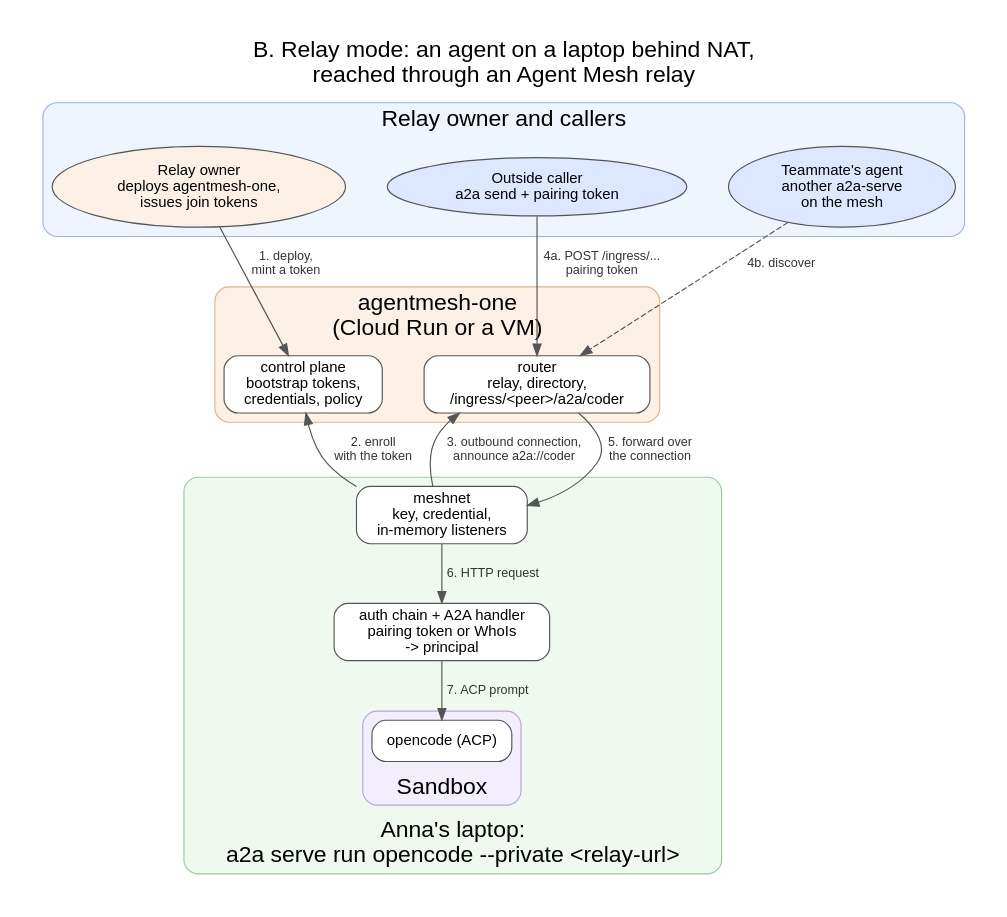
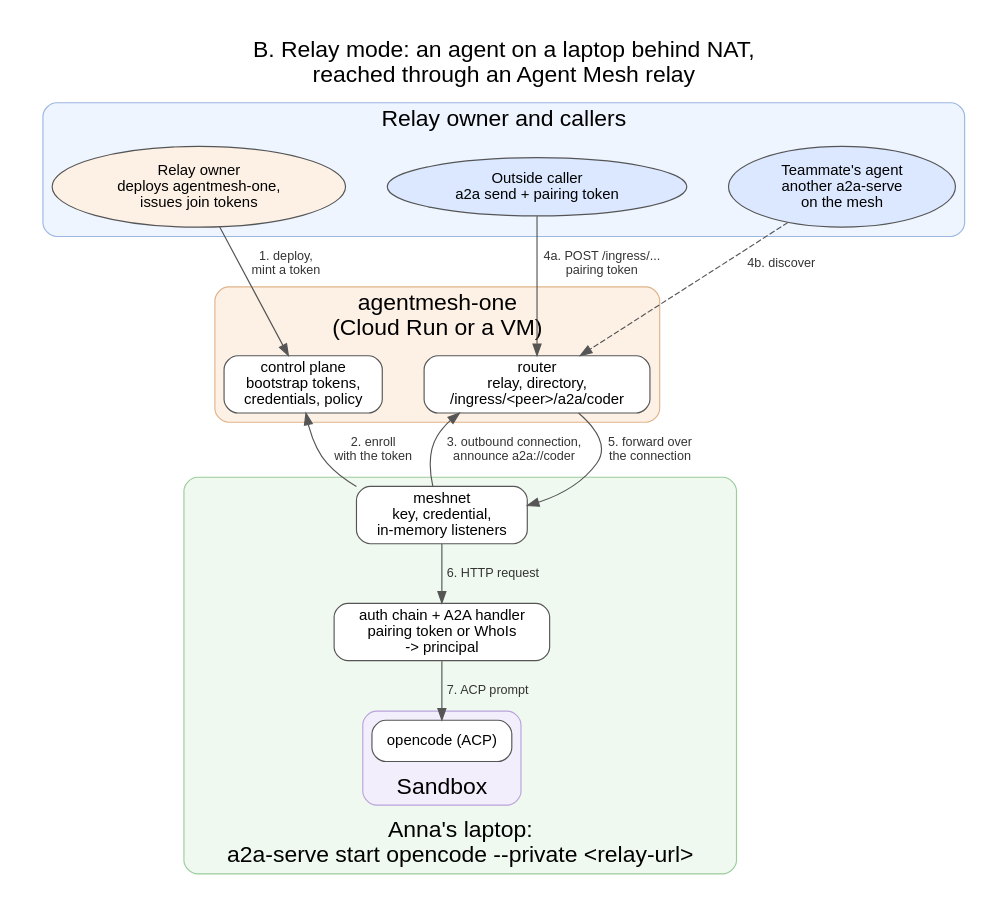
The diagram in docs/graphs/agentmesh-relay.dot (a2aproject/a2a-serve), drawn with Graphviz before and after one commit. The commit also changed 124 other files, not shown here.

First line of the commit message:
feat!: rename run to start and open to inspect, fold url into status and restore into backup, and write help for a2a-serve

```diff
--- a/docs/graphs/agentmesh-relay.dot
+++ b/docs/graphs/agentmesh-relay.dot
@@ -1,46 +1,46 @@
 // B. Relay mode: how an agent on a laptop behind NAT joins an Agent Mesh relay
 // and how calls reach it. Top to bottom: setup, callers, the relay, the laptop.
 // Render: dot -Tpng -Gdpi=110 agentmesh-relay.dot -o agentmesh-relay.png
 digraph agentmesh_relay {
   rankdir=TB;
   graph [fontname="Helvetica", nodesep=0.5, ranksep=0.55, pad=0.3, newrank=true,
          label="B. Relay mode: an agent on a laptop behind NAT,\nreached through an Agent Mesh relay", labelloc=t, fontsize=20];
   node  [fontname="Helvetica", fontsize=13, shape=box, style="rounded,filled", fillcolor="#ffffff", color="#555555"];
   edge  [fontname="Helvetica", fontsize=11, color="#555555", fontcolor="#333333"];
 
   subgraph cluster_callers {
     label="Relay owner and callers"; style="rounded,filled"; fillcolor="#eef5ff"; color="#9bb7e0";
     { rank=same;
       Owner  [label="Relay owner\ndeploys agentmesh-one,\nissues join tokens", shape=ellipse, fillcolor="#fdf1e6"];
       Caller [label="Outside caller\na2a send + pairing token", shape=ellipse, fillcolor="#dbe8ff"];
       Peer   [label="Teammate's agent\nanother a2a-serve\non the mesh", shape=ellipse, fillcolor="#dbe8ff"];
     }
   }
 
   subgraph cluster_hub {
     label="agentmesh-one\n(Cloud Run or a VM)"; style="rounded,filled"; fillcolor="#fdf1e6"; color="#e0b48a";
     { rank=same;
       CP     [label="control plane\nbootstrap tokens,\ncredentials, policy"];
       Router [label="router\nrelay, directory,\n/ingress/<peer>/a2a/coder"];
     }
   }
 
   subgraph cluster_laptop {
-    label="Anna's laptop:\na2a serve run opencode --private <relay-url>"; labelloc=b; style="rounded,filled"; fillcolor="#f0f9f0"; color="#9ccc9c";
+    label="Anna's laptop:\na2a-serve start opencode --private <relay-url>"; labelloc=b; style="rounded,filled"; fillcolor="#f0f9f0"; color="#9ccc9c";
     Mesh [label="meshnet\nkey, credential,\nin-memory listeners"];
     Core [label="auth chain + A2A handler\npairing token or WhoIs\n-> principal"];
     subgraph cluster_sb {
       label="Sandbox"; style="rounded,filled"; fillcolor="#f3eefb"; color="#b9a4dd";
       Harness [label="opencode (ACP)"];
     }
   }
 
   Owner -> CP [label="1. deploy,\nmint a token"];
   CP -> Mesh [dir=back, label="2. enroll\nwith the token"];
   Router -> Mesh [dir=back, label="3. outbound connection,\nannounce a2a://coder"];
   Caller -> Router [label="4a. POST /ingress/...\npairing token"];
   Peer -> Router [label="4b. discover", style=dashed];
   Router -> Mesh [label="5. forward over\nthe connection"];
   Mesh -> Core [label="6. HTTP request"];
   Core -> Harness [label="7. ACP prompt"];
 }
```
